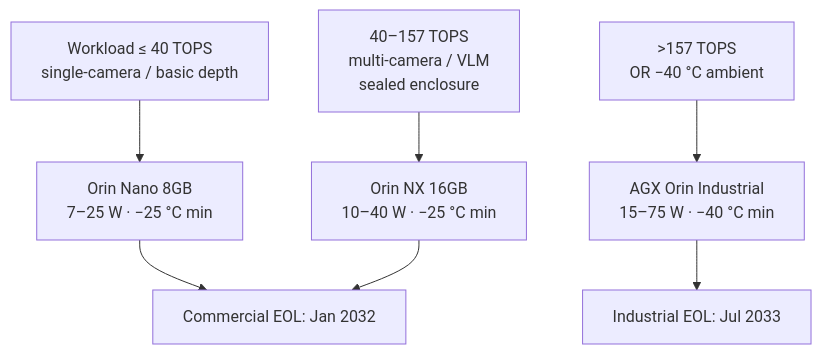
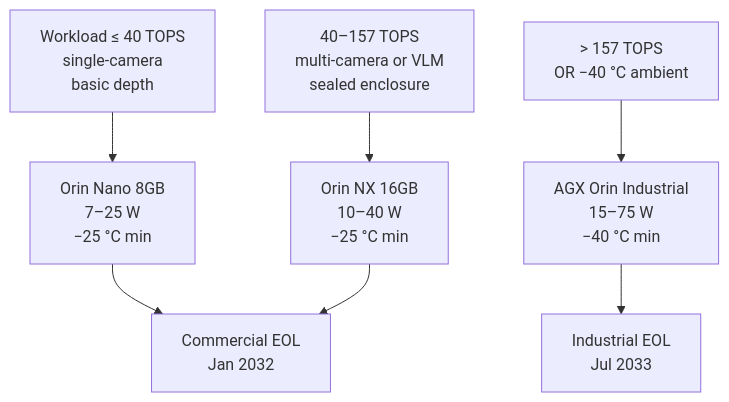
Before and after one commit to TacTun/brain4machinery-website: the first of 2 diagrams in src/content/guides/custom-jetson-carrier-board-design.mdx, drawn with Mermaid. The commit also changed other lines of this file and 7 other files, not shown here.

First line of the commit message:
fix(guides): mermaid clipping, missing image, copy + favicon (#26)

````diff
--- a/src/content/guides/custom-jetson-carrier-board-design.mdx
+++ b/src/content/guides/custom-jetson-carrier-board-design.mdx
@@ -72,9 +72,11 @@
 ```mermaid
 flowchart TD
-    A["Workload ≤ 40 TOPS<br/>single-camera / basic depth"] --> B["Orin Nano 8GB<br/>7–25 W · −25 °C min"]
-    C["40–157 TOPS<br/>multi-camera / VLM<br/>sealed enclosure"] --> D["Orin NX 16GB<br/>10–40 W · −25 °C min"]
-    E[">157 TOPS<br/>OR −40 °C ambient"] --> F["AGX Orin Industrial<br/>15–75 W · −40 °C min"]
-    B --> G["Commercial EOL: Jan 2032"]
+    accTitle: Jetson Orin module selection for production robotics
+    accDescr: Workload thresholds map to one of three Jetson Orin modules. Up to 40 TOPS for single-camera or basic depth use the Orin Nano 8GB. 40 to 157 TOPS for multi-camera or vision-language model workloads in a sealed enclosure use the Orin NX 16GB. Above 157 TOPS or a minus 40 degrees Celsius ambient requirement use the AGX Orin Industrial. Commercial modules end of life January 2032; AGX Orin Industrial extends to July 2033.
+    A["Workload ≤ 40 TOPS<br/>single-camera<br/>basic depth"] --> B["Orin Nano 8GB<br/>7–25 W<br/>−25 °C min"]
+    C["40–157 TOPS<br/>multi-camera or VLM<br/>sealed enclosure"] --> D["Orin NX 16GB<br/>10–40 W<br/>−25 °C min"]
+    E["&gt; 157 TOPS<br/>OR −40 °C ambient"] --> F["AGX Orin Industrial<br/>15–75 W<br/>−40 °C min"]
+    B --> G["Commercial EOL<br/>Jan 2032"]
     D --> G
-    F --> H["Industrial EOL: Jul 2033"]
+    F --> H["Industrial EOL<br/>Jul 2033"]
 ```
````
